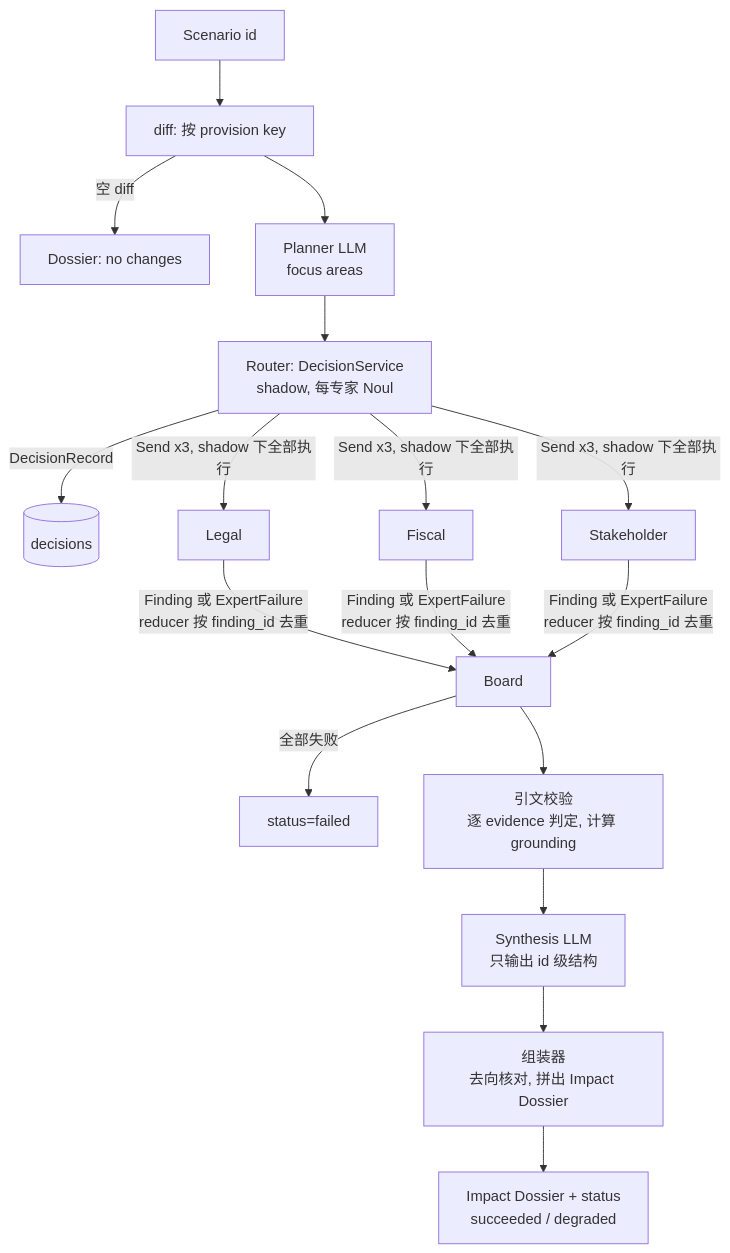
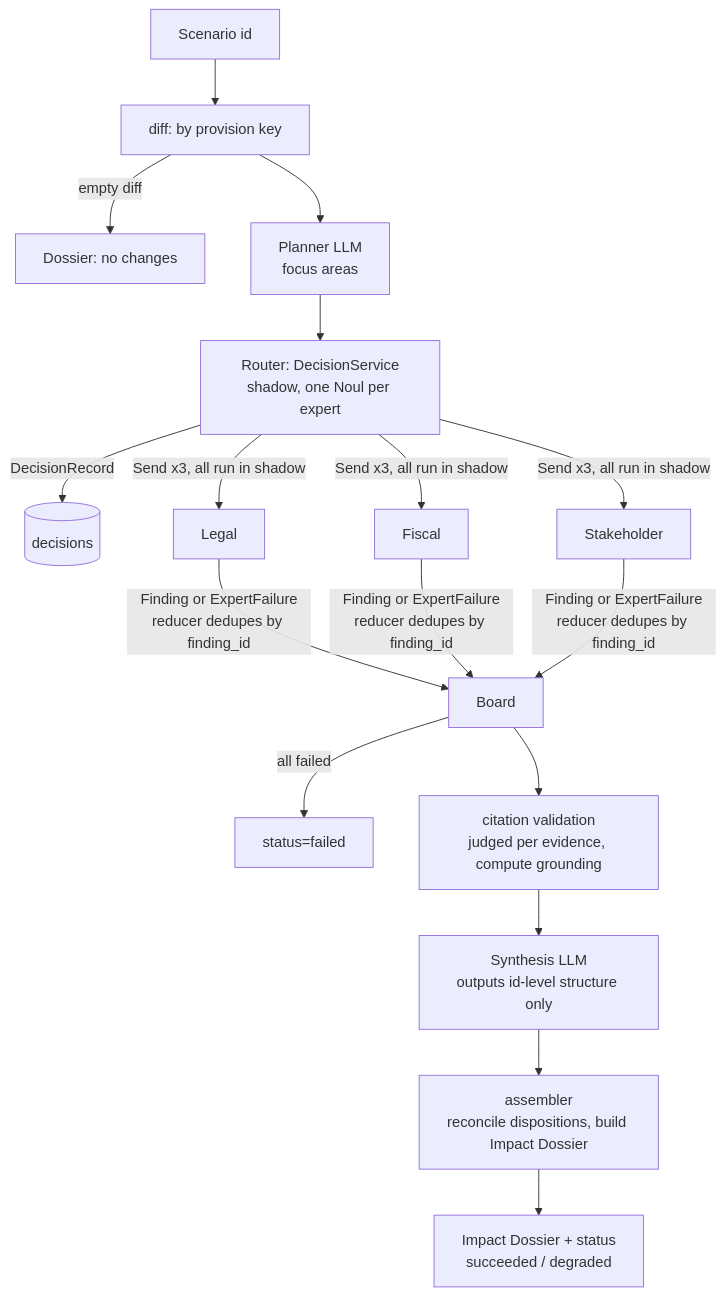
One commit to Ivy-Chen1999/Distributed-agent changed the diagram in docs/plans/2026-09-28-001-feat-womm-v0-skeleton-plan.md. Above: the diagram before and after it, drawn with Mermaid. The commit also changed other lines of this file and 1 other file, not shown here.

````diff
--- a/docs/plans/2026-09-28-001-feat-womm-v0-skeleton-plan.md
+++ b/docs/plans/2026-09-28-001-feat-womm-v0-skeleton-plan.md
@@ -205,15 +205,15 @@
 ```mermaid
 flowchart TD
-    S[Scenario id] --> D[diff: 按 provision key]
-    D -->|空 diff| NC[Dossier: no changes]
+    S[Scenario id] --> D[diff: by provision key]
+    D -->|empty diff| NC[Dossier: no changes]
     D --> P[Planner LLM<br/>focus areas]
-    P --> R[Router: DecisionService<br/>shadow, 每专家 Noul]
+    P --> R[Router: DecisionService<br/>shadow, one Noul per expert]
     R -->|DecisionRecord| LOG[(decisions)]
-    R -->|Send x3, shadow 下全部执行| E1[Legal] & E2[Fiscal] & E3[Stakeholder]
-    E1 & E2 & E3 -->|Finding 或 ExpertFailure<br/>reducer 按 finding_id 去重| B[Board]
-    B -->|全部失败| F[status=failed]
-    B --> V[引文校验<br/>逐 evidence 判定, 计算 grounding]
-    V --> SY[Synthesis LLM<br/>只输出 id 级结构]
-    SY --> A[组装器<br/>去向核对, 拼出 Impact Dossier]
+    R -->|Send x3, all run in shadow| E1[Legal] & E2[Fiscal] & E3[Stakeholder]
+    E1 & E2 & E3 -->|Finding or ExpertFailure<br/>reducer dedupes by finding_id| B[Board]
+    B -->|all failed| F[status=failed]
+    B --> V[citation validation<br/>judged per evidence, compute grounding]
+    V --> SY[Synthesis LLM<br/>outputs id-level structure only]
+    SY --> A[assembler<br/>reconcile dispositions, build Impact Dossier]
     A --> OUT[Impact Dossier + status<br/>succeeded / degraded]
 ```
````
